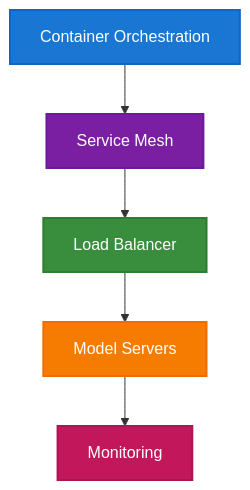
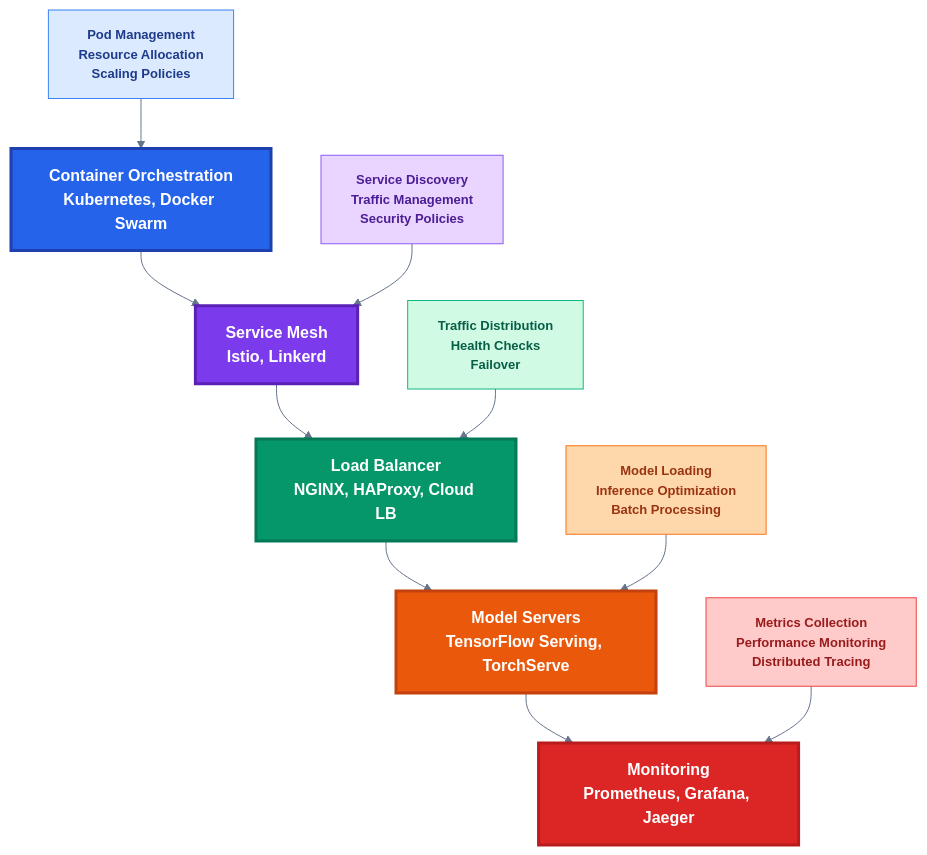
The fourth of 6 diagrams in guides/implementation/mlops-architecture.md (khaosans/articles), drawn with Mermaid before and after one commit. The commit also changed other lines of this file and 91 other files, not shown here.

````diff
--- a/guides/implementation/mlops-architecture.md
+++ b/guides/implementation/mlops-architecture.md
@@ -91,13 +198,26 @@
 ```mermaid
+%%{init: {'theme': 'base', 'themeVariables': { 'fontSize': '13px', 'fontFamily': 'Segoe UI, Arial, sans-serif', 'primaryColor': '#2563eb', 'primaryTextColor': '#ffffff', 'primaryBorderColor': '#1e40af', 'lineColor': '#64748b', 'secondaryColor': '#7c3aed', 'tertiaryColor': '#059669'}}}%%
 flowchart TD
-    A[Container Orchestration] --> B[Service Mesh]
-    B --> C[Load Balancer]
-    C --> D[Model Servers]
-    D --> E[Monitoring]
+    A["Container Orchestration<br/>Kubernetes, Docker Swarm"] --> B["Service Mesh<br/>Istio, Linkerd"]
+    B --> C["Load Balancer<br/>NGINX, HAProxy, Cloud LB"]
+    C --> D["Model Servers<br/>TensorFlow Serving, TorchServe"]
+    D --> E["Monitoring<br/>Prometheus, Grafana, Jaeger"]
     
-    style A fill:#1976d2,stroke:#1565c0,stroke-width:2px,color:#ffffff
-    style B fill:#7b1fa2,stroke:#6a1b9a,stroke-width:2px,color:#ffffff
-    style C fill:#388e3c,stroke:#2e7d32,stroke-width:2px,color:#ffffff
-    style D fill:#f57c00,stroke:#ef6c00,stroke-width:2px,color:#ffffff
-    style E fill:#c2185b,stroke:#ad1457,stroke-width:2px,color:#ffffff
+    A1["Pod Management<br/>Resource Allocation<br/>Scaling Policies"] --> A
+    B1["Service Discovery<br/>Traffic Management<br/>Security Policies"] --> B
+    C1["Traffic Distribution<br/>Health Checks<br/>Failover"] --> C
+    D1["Model Loading<br/>Inference Optimization<br/>Batch Processing"] --> D
+    E1["Metrics Collection<br/>Performance Monitoring<br/>Distributed Tracing"] --> E
+    
+    style A fill:#2563eb,stroke:#1e40af,stroke-width:3px,color:#ffffff,font-weight:bold,font-size:16px
+    style B fill:#7c3aed,stroke:#5b21b6,stroke-width:3px,color:#ffffff,font-weight:bold,font-size:16px
+    style C fill:#059669,stroke:#047857,stroke-width:3px,color:#ffffff,font-weight:bold,font-size:16px
+    style D fill:#ea580c,stroke:#c2410c,stroke-width:3px,color:#ffffff,font-weight:bold,font-size:16px
+    style E fill:#dc2626,stroke:#b91c1c,stroke-width:3px,color:#ffffff,font-weight:bold,font-size:16px
+    
+    style A1 fill:#dbeafe,stroke:#3b82f6,stroke-width:1px,color:#1e3a8a,font-weight:bold
+    style B1 fill:#e9d5ff,stroke:#8b5cf6,stroke-width:1px,color:#4c1d95,font-weight:bold
+    style C1 fill:#d1fae5,stroke:#10b981,stroke-width:1px,color:#065f46,font-weight:bold
+    style D1 fill:#fed7aa,stroke:#f97316,stroke-width:1px,color:#9a3412,font-weight:bold
+    style E1 fill:#fecaca,stroke:#ef4444,stroke-width:1px,color:#991b1b,font-weight:bold
 ```
````
